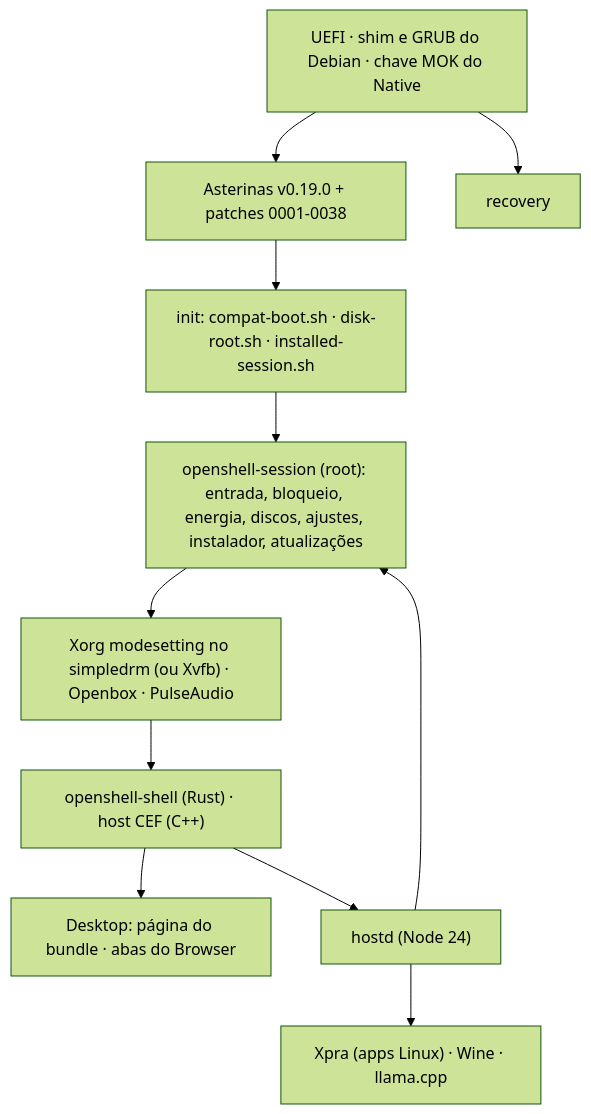
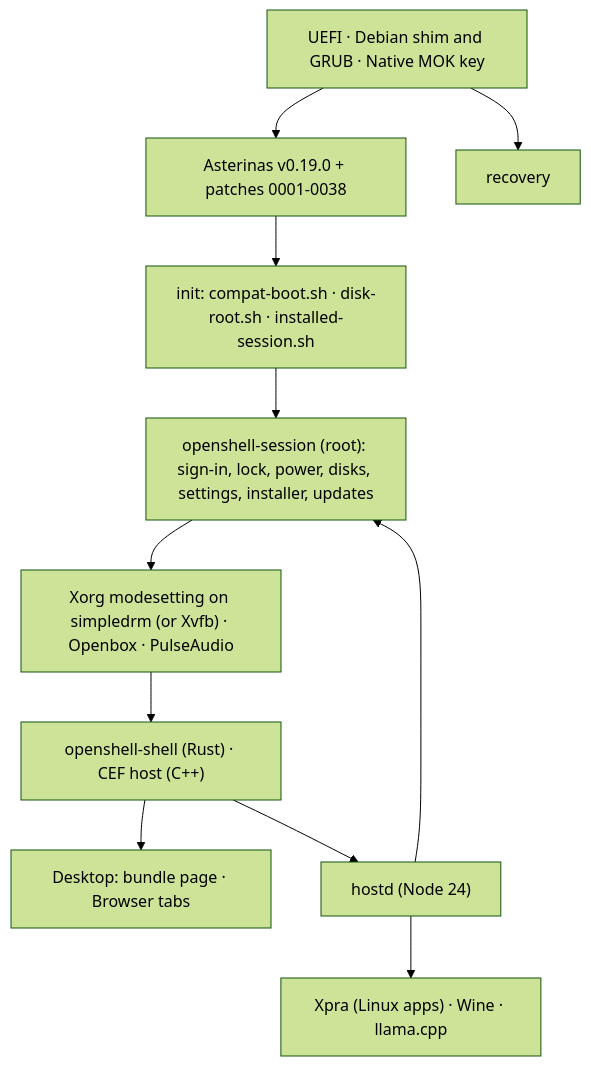
The diagram in ARCHITECTURE.md (apreviato/openshell-native-kernel), drawn with Mermaid (forest theme) before and after one commit. The commit also changed other lines of this file and 8 other files, not shown here.

````diff
--- a/ARCHITECTURE.md
+++ b/ARCHITECTURE.md
@@ -9,13 +9,13 @@
 ```mermaid
 flowchart TD
-    Firmware["UEFI · shim e GRUB do Debian · chave MOK do Native"] --> Kernel["Asterinas v0.19.0 + patches 0001-0038"]
+    Firmware["UEFI · Debian shim and GRUB · Native MOK key"] --> Kernel["Asterinas v0.19.0 + patches 0001-0038"]
     Kernel --> Init["init: compat-boot.sh · disk-root.sh · installed-session.sh"]
-    Init --> Supervisor["openshell-session (root): entrada, bloqueio, energia, discos, ajustes, instalador, atualizações"]
-    Supervisor --> X["Xorg modesetting no simpledrm (ou Xvfb) · Openbox · PulseAudio"]
-    X --> Shell["openshell-shell (Rust) · host CEF (C++)"]
-    Shell --> Desktop["Desktop: página do bundle · abas do Browser"]
+    Init --> Supervisor["openshell-session (root): sign-in, lock, power, disks, settings, installer, updates"]
+    Supervisor --> X["Xorg modesetting on simpledrm (or Xvfb) · Openbox · PulseAudio"]
+    X --> Shell["openshell-shell (Rust) · CEF host (C++)"]
+    Shell --> Desktop["Desktop: bundle page · Browser tabs"]
     Shell --> Hostd["hostd (Node 24)"]
-    Hostd --> Apps["Xpra (apps Linux) · Wine · llama.cpp"]
+    Hostd --> Apps["Xpra (Linux apps) · Wine · llama.cpp"]
     Hostd --> Supervisor
     Firmware --> Recovery["recovery"]
 ```
````
